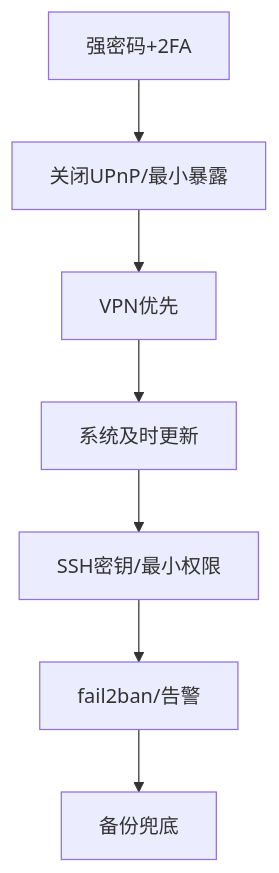
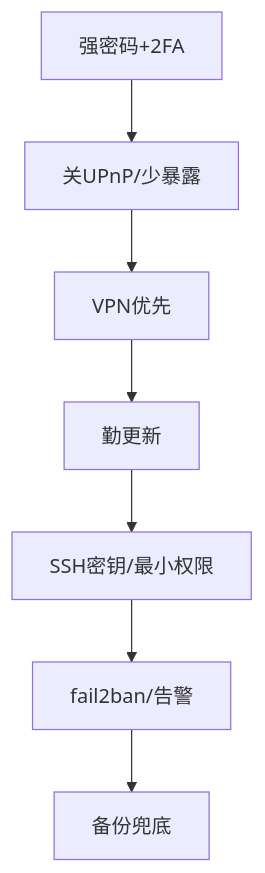
Before and after one commit to cv-superding/nas-guide: the diagram in docs/06-网络与远程访问/6.5-安全加固.md, drawn with Mermaid. The commit also changed other lines of this file and 3 other files, not shown here.

````diff
--- a/docs/06-网络与远程访问/6.5-安全加固.md
+++ b/docs/06-网络与远程访问/6.5-安全加固.md
@@ -81,9 +60,9 @@
 ```mermaid
 flowchart TD
-    A[强密码+2FA] --> B[关闭UPnP/最小暴露]
+    A[强密码+2FA] --> B[关UPnP/少暴露]
     B --> C[VPN优先]
-    C --> D[系统及时更新]
+    C --> D[勤更新]
     D --> E[SSH密钥/最小权限]
     E --> F[fail2ban/告警]
     F --> G[备份兜底]
 ```
````
